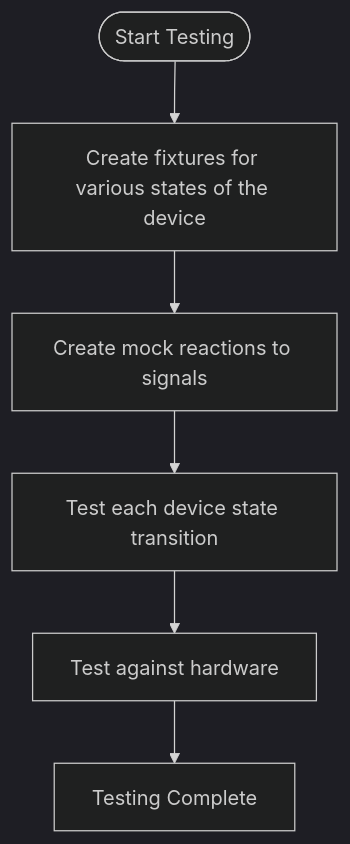
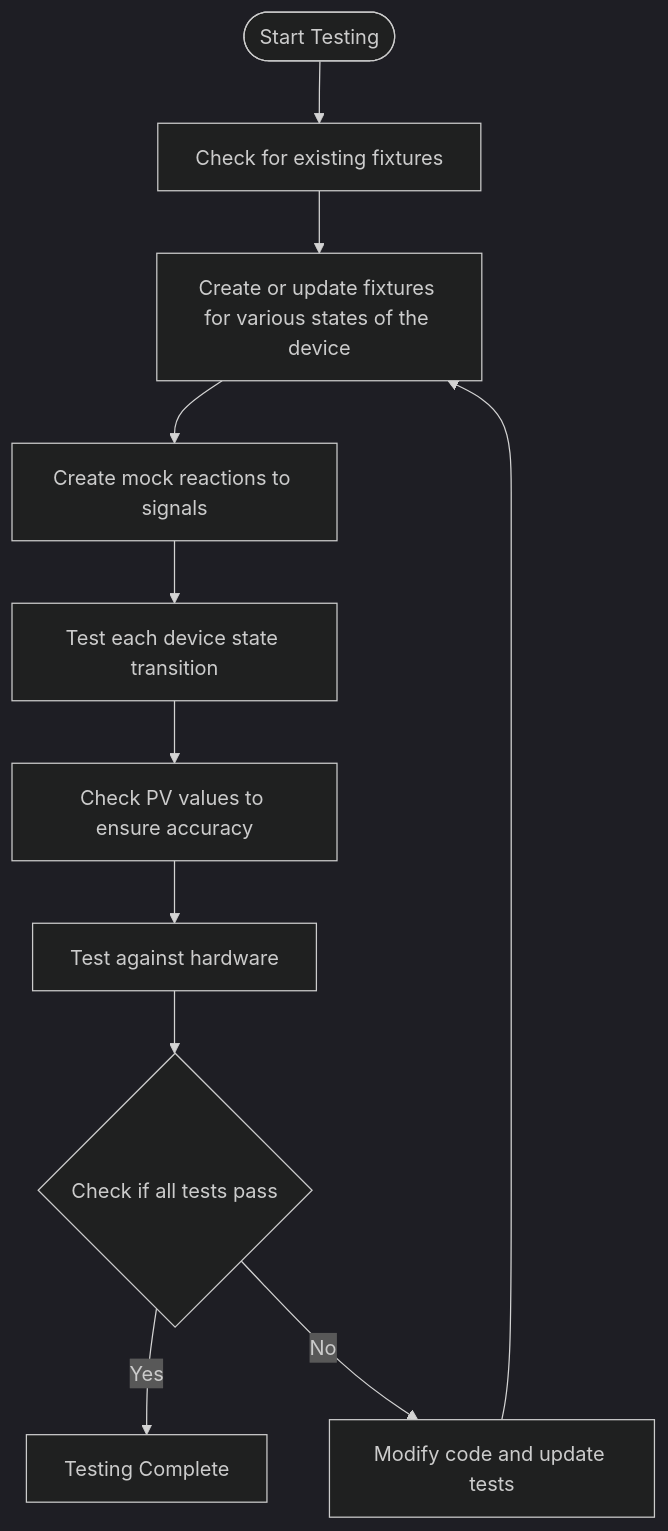
One commit to DiamondLightSource/dodal changed the third of 3 diagrams in docs/developer/how-to/make-new-ophyd-async-device.md. Above: the diagram before and after it, drawn with Mermaid (dark theme).

Commit message:
more realistic testing chart

````diff
--- a/docs/developer/how-to/make-new-ophyd-async-device.md
+++ b/docs/developer/how-to/make-new-ophyd-async-device.md
@@ -58,10 +58,16 @@
 ```{mermaid}
 
   flowchart TD
-    testStart([Start Testing]) --> createFixtures[Create fixtures for various states of the device]
+    testStart([Start Testing]) --> checkExistingFixtures[Check for existing fixtures]
+    checkExistingFixtures --> createFixtures[Create or update fixtures for various states of the device]
     createFixtures --> createMockReactions[Create mock reactions to signals]
     createMockReactions --> testStateTransitions[Test each device state transition]
-    testStateTransitions --> testAgainstHardware[Test against hardware]
-    testAgainstHardware --> testingComplete[Testing Complete]
+    testStateTransitions --> testPVValues[Check PV values to ensure accuracy]
+    testPVValues --> testAgainstHardware[Test against hardware]
+    testAgainstHardware --> decision{Check if all tests pass}
+    decision -- "Yes" --> testingComplete[Testing Complete]
+    decision -- "No" --> modifyCode[Modify code and update tests]
+    modifyCode --> createFixtures
+
 
 ```
````
